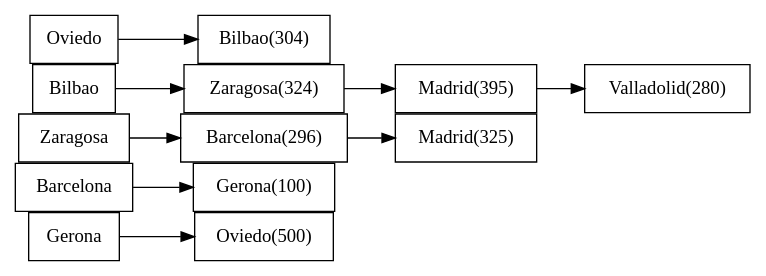
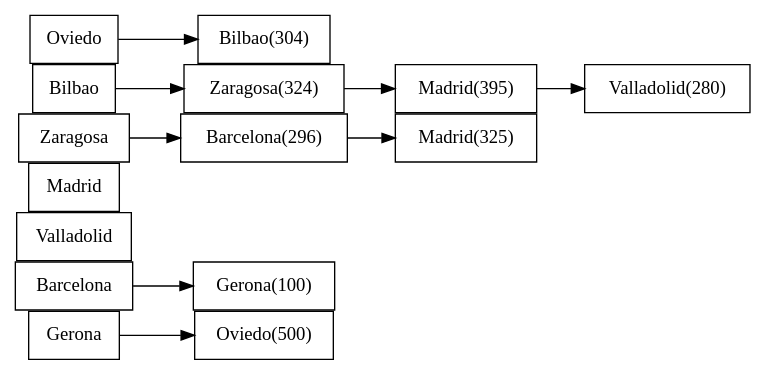
Before and after one commit to Sergio-Sebastian/-EDD-Proyecto2_Junio2020_201709159: the diagram in [EDD]Proyecto2_Junio2020/ListaAdyacencia.dot, drawn with Graphviz. The commit also changed 8 other files, not shown here.

```diff
--- a/[EDD]Proyecto2_Junio2020/ListaAdyacencia.dot
+++ b/[EDD]Proyecto2_Junio2020/ListaAdyacencia.dot
@@ -1,16 +1,16 @@
 digraph D {
 rankdir=LR
 node[shape=rectangle]
 nodesep=0;
 
 "Oviedo"->"Bilbao(304)";
 "Oviedo"->"Bilbao"[style=invis];"Bilbao"->"Zaragosa(324)";
 "Zaragosa(324)"->"Madrid(395)";
 "Madrid(395)"->"Valladolid(280)";
 "Bilbao"->"Zaragosa"[style=invis];"Zaragosa"->"Barcelona(296)";
 "Barcelona(296)"->"Madrid(325)";
-"Zaragosa"->"Barcelona"[style=invis];"Barcelona"->"Gerona(100)";
+"Zaragosa"->"Madrid"[style=invis];"Madrid"->"Valladolid"[style=invis];"Valladolid"->"Barcelona"[style=invis];"Barcelona"->"Gerona(100)";
 "Barcelona"->"Gerona"[style=invis];"Gerona"->"Oviedo(500)";
-{rank=same;"Oviedo";"Bilbao";"Bilbao";"Zaragosa";"Zaragosa";"Barcelona";"Barcelona";"Gerona";"Gerona";}
+{rank=same;"Oviedo";"Bilbao";"Bilbao";"Zaragosa";"Zaragosa";"Madrid";"Valladolid";"Barcelona";"Barcelona";"Gerona";"Gerona";}
 
 }
```
